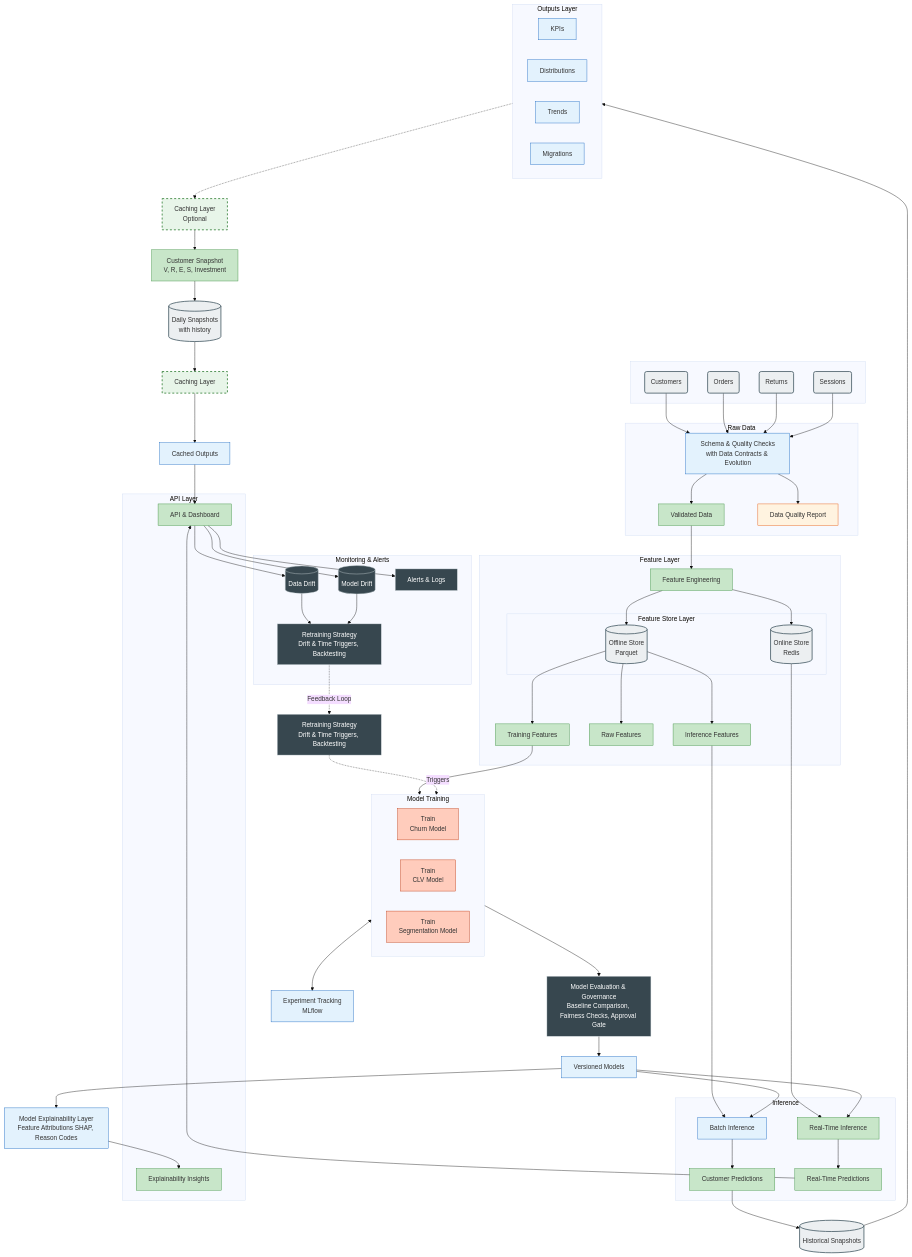
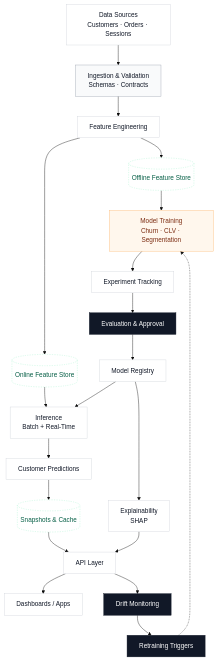
The diagram in docs/Customer Intelligence system/architecture.md (SANJAYRAM-DS/customer_segmentation_engine), drawn with Mermaid (base theme) before and after one commit.

Commit message:
Refactor system architecture diagram styles and layout

````diff
--- a/docs/Customer Intelligence system/architecture.md
+++ b/docs/Customer Intelligence system/architecture.md
@@ -106,136 +106,52 @@
 ```mermaid
 flowchart TD
-    %% --- Styling ---
-    classDef process fill:#E3F2FD,stroke:#1565C0,stroke-width:1px;
-    classDef store fill:#E8F5E9,stroke:#2E7D32,stroke-width:2px,stroke-dasharray: 5 5;
-    classDef db fill:#ECEFF1,stroke:#455A64,stroke-width:2px,shape:cylinder;
-    classDef output fill:#FFF3E0,stroke:#E65100,stroke-width:1px;
-    classDef monitor fill:#37474F,stroke:#CFD8DC,color:white;
-    classDef training fill:#FFCCBC,stroke:#BF360C;
-    classDef feature fill:#C8E6C9,stroke:#388E3C;
 
-    %% --- Top Sources ---
-    subgraph Sources [ ]
-        S_Cust(Customers)
-        S_Ord(Orders)
-        S_Ret(Returns)
-        S_Sess(Sessions)
-    end
-    class S_Cust,S_Ord,S_Ret,S_Sess db;
+%% ===== MINIMAL STYLE =====
+classDef box fill:#FFFFFF,stroke:#D1D5DB,stroke-width:1px,color:#111827;
+classDef accent fill:#F9FAFB,stroke:#9CA3AF,stroke-width:1px,color:#111827;
+classDef store fill:#FFFFFF,stroke:#A7F3D0,stroke-width:1px,stroke-dasharray:3 3,color:#065F46;
+classDef model fill:#FFF7ED,stroke:#FDBA74,stroke-width:1px,color:#7C2D12;
+classDef dark fill:#111827,stroke:#111827,stroke-width:1px,color:#FFFFFF;
 
-    %% --- Raw Data Layer ---
-    subgraph RawDataLayer [Raw Data]
-        RD_Check[Schema & Quality Checks<br>with Data Contracts & Evolution]:::process
-        RD_Valid[Validated Data]:::feature
-        RD_Report[Data Quality Report]:::output
-    end
+%% ===== DATA =====
+Sources[Data Sources<br/>Customers · Orders · Sessions]:::box
+Ingest[Ingestion & Validation<br/>Schemas · Contracts]:::accent
+Features[Feature Engineering]:::box
 
-    S_Cust & S_Ord & S_Ret & S_Sess --> RD_Check
-    RD_Check --> RD_Valid
-    RD_Check --> RD_Report
+%% ===== FEATURE STORE =====
+FS_Off[(Offline Feature Store)]:::store
+FS_On[(Online Feature Store)]:::store
 
-    %% --- Feature Layer ---
-    subgraph FeatureLayer [Feature Layer]
-        FE[Feature Engineering]:::feature
-        
-        subgraph FeatureStore [Feature Store Layer]
-            FS_Offline[(Offline Store<br>Parquet)]:::db
-            FS_Online[(Online Store<br>Redis)]:::db
-        end
-        
-        F_Train[Training Features]:::feature
-        F_Raw[Raw Features]:::feature
-        F_Inf[Inference Features]:::feature
-    end
+%% ===== MODELING =====
+Train[Model Training<br/>Churn · CLV · Segmentation]:::model
+Exp[Experiment Tracking]:::box
+Eval[Evaluation & Approval]:::dark
+Registry[Model Registry]:::box
 
-    RD_Valid --> FE
-    FE --> FS_Offline
-    FE --> FS_Online
-    FS_Offline --> F_Train & F_Raw & F_Inf
+%% ===== INFERENCE =====
+Infer[Inference<br/>Batch + Real-Time]:::box
+Preds[Customer Predictions]:::box
+Explain[Explainability<br/>SHAP]:::box
 
-    %% --- Model Training & MLOps ---
-    MLflow[Experiment Tracking<br>MLflow]:::process
-    
-    subgraph TrainingLayer [Model Training]
-        MT_Churn[Train<br>Churn Model]:::training
-        MT_CLV[Train<br>CLV Model]:::training
-        MT_Seg[Train<br>Segmentation Model]:::training
-    end
+%% ===== SERVING =====
+Store[(Snapshots & Cache)]:::store
+API[API Layer]:::box
+Dash[Dashboards / Apps]:::box
 
-    MT_Eval[Model Evaluation & Governance<br>Baseline Comparison, Fairness Checks, Approval Gate]:::monitor
-    MT_Version[Versioned Models]:::process
-    MT_Retrain[Retraining Strategy<br>Drift & Time Triggers, Backtesting]:::monitor
+%% ===== MONITORING =====
+Monitor[Drift Monitoring]:::dark
+Retrain[Retraining Triggers]:::dark
 
-    F_Train --> TrainingLayer
-    TrainingLayer <--> MLflow
-    TrainingLayer --> MT_Eval
-    MT_Eval --> MT_Version
-    MT_Retrain -.->|Triggers| TrainingLayer
+%% ===== FLOW =====
+Sources --> Ingest --> Features
+Features --> FS_Off --> Train
+Features --> FS_On --> Infer
 
-    %% --- Inference Layer ---
-    subgraph InferenceLayer [Inference]
-        BI[Batch Inference]:::process
-        BI_Pred[Customer Predictions]:::feature
-        
-        RTI[Real-Time Inference]:::feature
-        RTI_Pred[Real-Time Predictions]:::feature
-    end
+Train --> Exp --> Eval --> Registry
+Registry --> Infer --> Preds --> Store --> API --> Dash
 
-    F_Inf --> BI
-    MT_Version --> BI
-    BI --> BI_Pred
+Registry --> Explain --> API
 
-    FS_Online --> RTI
-    MT_Version --> RTI
-    RTI --> RTI_Pred
-
-    %% --- Analysis & Explainability ---
-    HistSnap[(Historical Snapshots)]:::db
-    BI_Pred --> HistSnap
-
-    subgraph OutputsMetrics [Outputs Layer]
-        KPIs:::process
-        Distributions:::process
-        Trends:::process
-        Migrations:::process
-    end
-    
-    ExplainLayer[Model Explainability Layer<br>Feature Attributions SHAP, Reason Codes]:::process
-
-    HistSnap --> OutputsMetrics
-    MT_Version --> ExplainLayer
-
-    %% --- Caching & Storage ---
-    CacheOpt[Caching Layer<br>Optional]:::store
-    CustSnap[Customer Snapshot<br>V, R, E, S, Investment]:::feature
-    DailySnap[(Daily Snapshots<br>with history)]:::db
-    CacheFinal[Caching Layer]:::store
-    CachedOut[Cached Outputs]:::process
-
-    OutputsMetrics -.-> CacheOpt
-    CacheOpt --> CustSnap
-    CustSnap --> DailySnap
-    DailySnap --> CacheFinal
-    CacheFinal --> CachedOut
-
-    %% --- API & Monitoring Layer ---
-    subgraph APILayerGroup [API Layer]
-        API_Dash[API & Dashboard]:::feature
-        API_Explain[Explainability Insights]:::feature
-    end
-
-    CachedOut --> API_Dash
-    RTI_Pred --> API_Dash
-    ExplainLayer --> API_Explain
-
-    subgraph Monitoring [Monitoring & Alerts]
-        Mon_Data[(Data Drift)]:::monitor
-        Mon_Model[(Model Drift)]:::monitor
-        Mon_Alerts[Alerts & Logs]:::monitor
-        Mon_Trigger[Retraining Strategy<br>Drift & Time Triggers, Backtesting]:::monitor
-    end
-
-    API_Dash --> Mon_Data & Mon_Model & Mon_Alerts
-    Mon_Data & Mon_Model --> Mon_Trigger
-    Mon_Trigger -.->|Feedback Loop| MT_Retrain
+API --> Monitor --> Retrain
+Retrain -.-> Train
 ```
````
